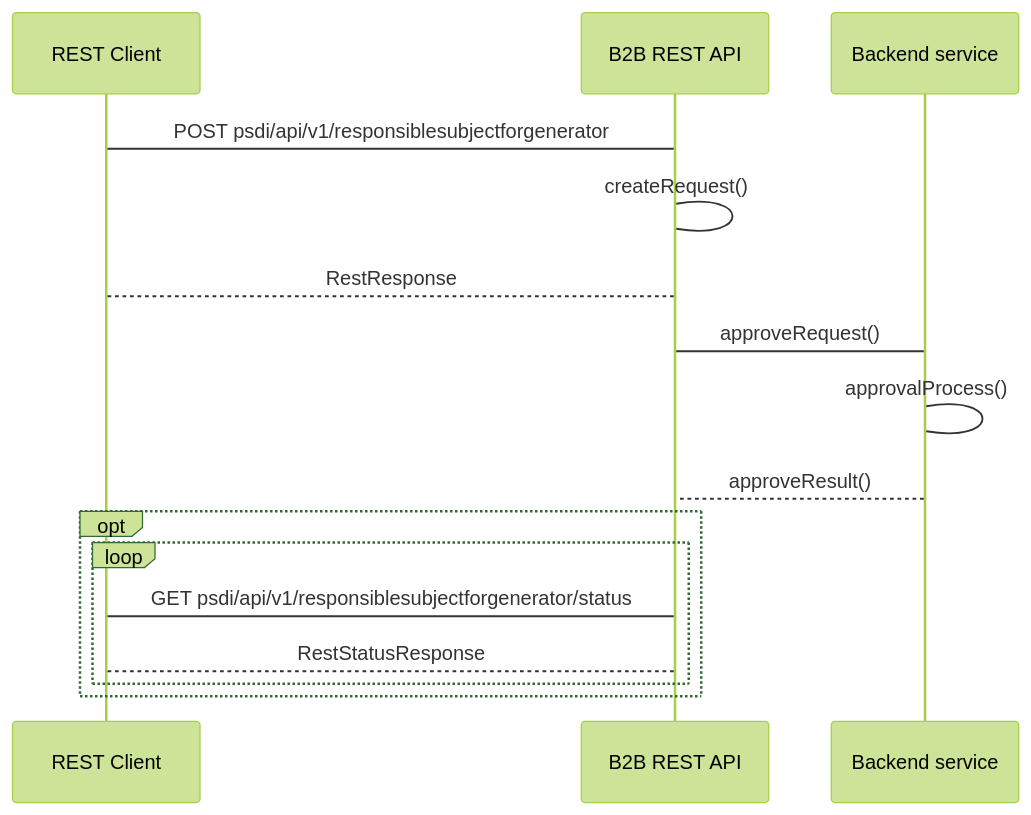
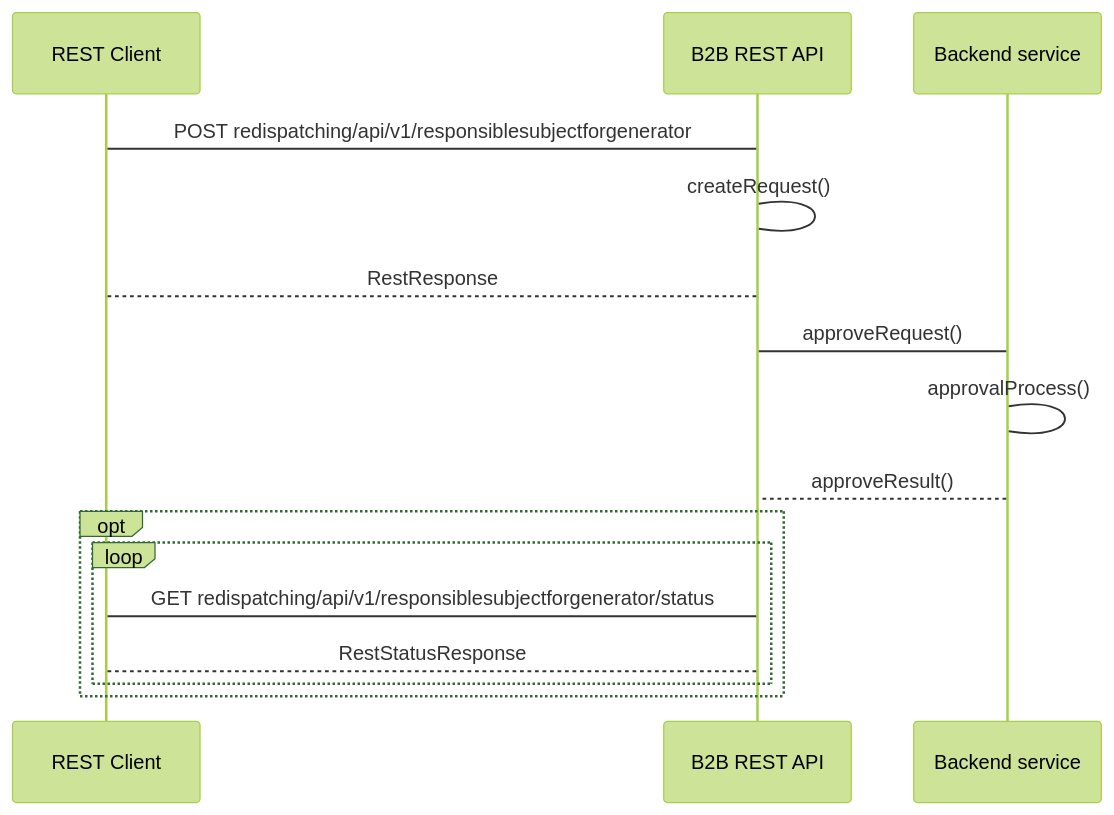
One commit to Polskie-Sieci-Elektroenergetyczne/redispatching-api changed the diagram in docs/komunikat informacji o zmianie podmiotu odpowiedzialnego za bilansowanie.md. Above: the diagram before and after it, drawn with Mermaid (forest theme). The commit also changed other lines of this file and 7 other files, not shown here.

````diff
--- a/docs/komunikat informacji o zmianie podmiotu odpowiedzialnego za bilansowanie.md
+++ b/docs/komunikat informacji o zmianie podmiotu odpowiedzialnego za bilansowanie.md
@@ -32,18 +32,18 @@
 ```mermaid
 sequenceDiagram
     participant REST Client
     participant B2B REST API
     participant Backend service
-    REST Client->B2B REST API: POST psdi/api/v1/responsiblesubjectforgenerator
+    REST Client->B2B REST API: POST redispatching/api/v1/responsiblesubjectforgenerator
     B2B REST API->B2B REST API: createRequest()
     B2B REST API-->REST Client: RestResponse
     B2B REST API->Backend service: approveRequest()
     Backend service->Backend service: approvalProcess()
     Backend service-->B2B REST API: approveResult()        
     opt
       loop  
-        REST Client->B2B REST API: GET psdi/api/v1/responsiblesubjectforgenerator/status
+        REST Client->B2B REST API: GET redispatching/api/v1/responsiblesubjectforgenerator/status
         B2B REST API-->REST Client: RestStatusResponse
       end
     end  
 ```
````
